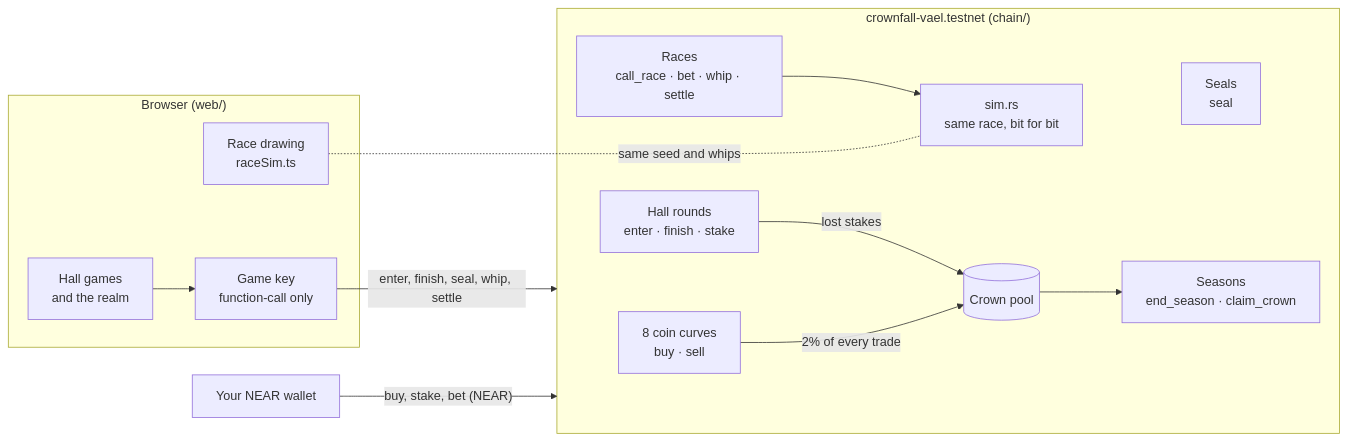
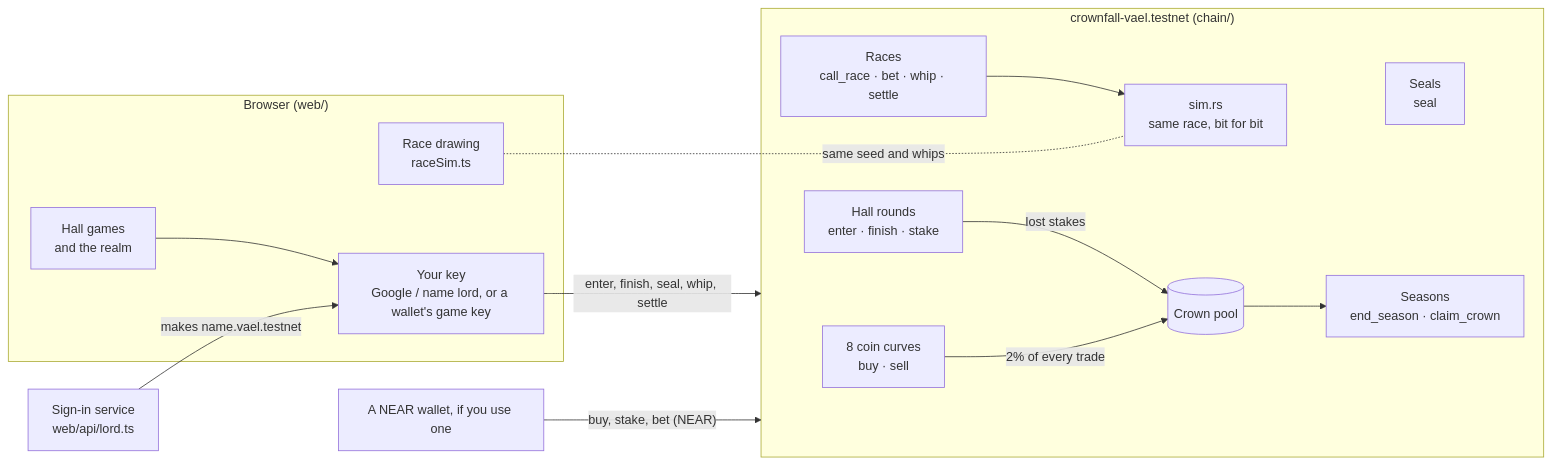
The diagram in README.md (neromtoobad/crownfall), drawn with Mermaid before and after one commit. The commit also changed other lines of this file and 10 other files, not shown here.

First line of the commit message:
Social login: sign in with Google or a name, no wallet

````diff
--- a/README.md
+++ b/README.md
@@ -200,26 +203,27 @@
 ```mermaid
 flowchart LR
   subgraph Browser["Browser (web/)"]
     G[Hall games<br/>and the realm]
     S[Race drawing<br/>raceSim.ts]
-    K[Game key<br/>function-call only]
+    K[Your key<br/>Google / name lord, or a wallet's game key]
   end
-  W[Your NEAR wallet]
+  L[Sign-in service<br/>web/api/lord.ts] -- "makes name.vael.testnet" --> K
+  W[A NEAR wallet, if you use one]
   subgraph C["crownfall-vael.testnet (chain/)"]
     M[8 coin curves<br/>buy · sell]
     H[Hall rounds<br/>enter · finish · stake]
     SE[Seals<br/>seal]
     R[Races<br/>call_race · bet · whip · settle]
     SIM[sim.rs<br/>same race, bit for bit]
     P[(Crown pool)]
     T[Seasons<br/>end_season · claim_crown]
   end
   W -- "buy, stake, bet (NEAR)" --> C
   K -- "enter, finish, seal, whip, settle" --> C
   G --> K
   S -. same seed and whips .- SIM
   R --> SIM
   M -- "2% of every trade" --> P
   H -- "lost stakes" --> P
   P --> T
 ```
````
